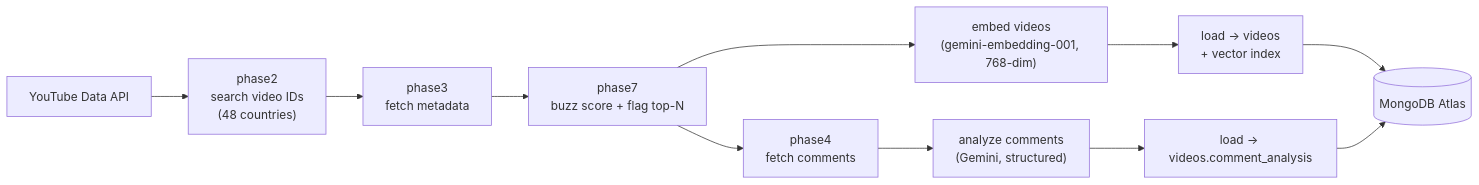
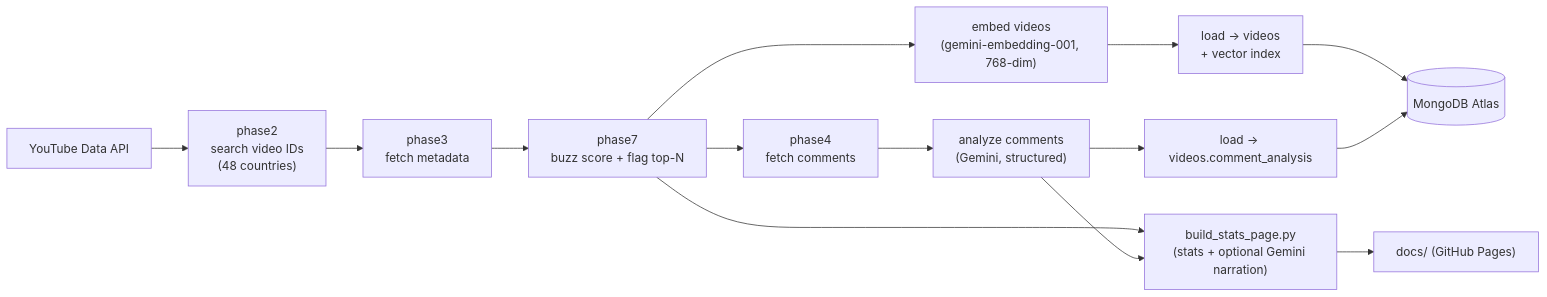
One commit to webbigdata-jp/soccerscope changed the second of 2 diagrams in README.md. Above: the diagram before and after it, drawn with Mermaid. The commit also changed other lines of this file and 24 other files, not shown here.

````diff
--- a/README.md
+++ b/README.md
@@ -30,13 +30,16 @@
 ```mermaid
 flowchart LR
     YT["YouTube Data API"] --> P2["phase2<br/>search video IDs<br/>(48 countries)"]
     P2 --> P3["phase3<br/>fetch metadata"]
     P3 --> P7["phase7<br/>buzz score + flag top-N"]
     P7 --> P4["phase4<br/>fetch comments"]
     P7 --> E1["embed videos<br/>(gemini-embedding-001, 768-dim)"]
     E1 --> L2["load → videos<br/>+ vector index"]
     P4 --> A3["analyze comments<br/>(Gemini, structured)"]
     A3 --> L4["load → videos.comment_analysis"]
     L2 --> DB[("MongoDB Atlas")]
     L4 --> DB
+    P7 --> STATS["build_stats_page.py<br/>(stats + optional Gemini narration)"]
+    A3 --> STATS
+    STATS --> DOCS["docs/ (GitHub Pages)"]
 ```
````
